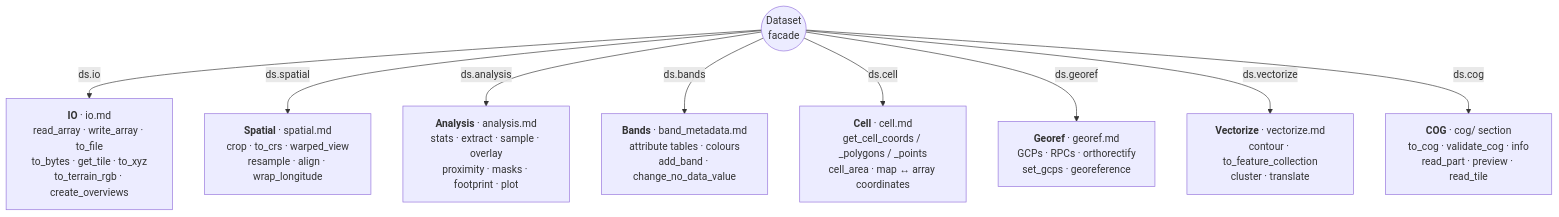
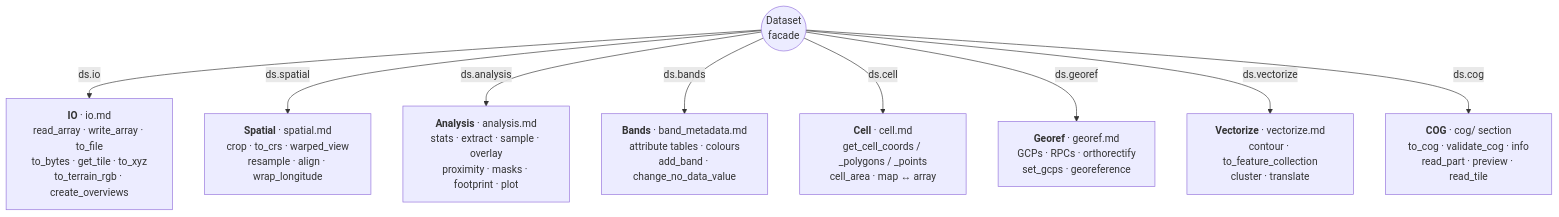
Before and after one commit to serapeum-org/pyramids: the second of 4 diagrams in docs/reference/dataset/index.md, drawn with Mermaid.

Commit message:
docs(dataset): keep the Cell node within the line limit
Adding `cell_area` to the blurb pushed the mermaid node past 120
characters. The label loses the redundant word rather than the entry.

````diff
--- a/docs/reference/dataset/index.md
+++ b/docs/reference/dataset/index.md
@@ -25,12 +25,12 @@
 ```mermaid
 flowchart TB
     DS(("Dataset<br/>facade"))
     DS -->|ds.io| IO["<b>IO</b> · io.md<br/>read_array · write_array · to_file<br/>to_bytes · get_tile · to_xyz<br/>to_terrain_rgb · create_overviews"]
     DS -->|ds.spatial| SP["<b>Spatial</b> · spatial.md<br/>crop · to_crs · warped_view<br/>resample · align · wrap_longitude"]
     DS -->|ds.analysis| AN["<b>Analysis</b> · analysis.md<br/>stats · extract · sample · overlay<br/>proximity · masks · footprint · plot"]
     DS -->|ds.bands| BA["<b>Bands</b> · band_metadata.md<br/>attribute tables · colours<br/>add_band · change_no_data_value"]
-    DS -->|ds.cell| CE["<b>Cell</b> · cell.md<br/>get_cell_coords / _polygons / _points<br/>cell_area · map ↔ array coordinates"]
+    DS -->|ds.cell| CE["<b>Cell</b> · cell.md<br/>get_cell_coords / _polygons / _points<br/>cell_area · map ↔ array"]
     DS -->|ds.georef| GE["<b>Georef</b> · georef.md<br/>GCPs · RPCs · orthorectify<br/>set_gcps · georeference"]
     DS -->|ds.vectorize| VE["<b>Vectorize</b> · vectorize.md<br/>contour · to_feature_collection<br/>cluster · translate"]
     DS -->|ds.cog| CG["<b>COG</b> · cog/ section<br/>to_cog · validate_cog · info<br/>read_part · preview · read_tile"]
 ```
````
